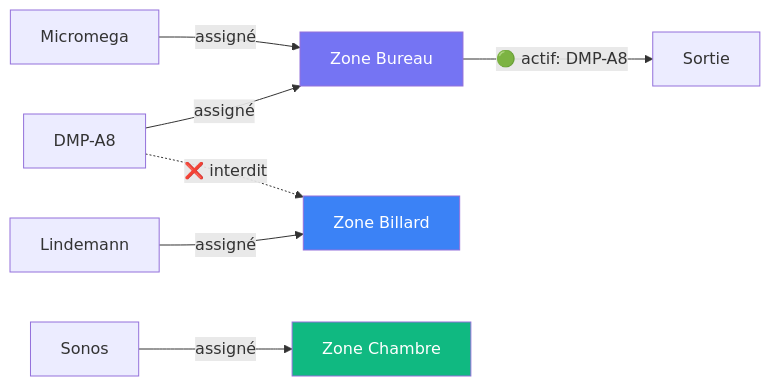
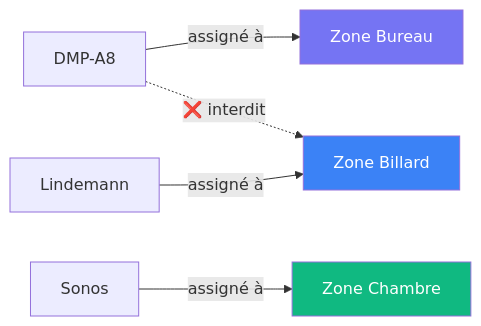
The fourth of 10 diagrams in docs/ZONE-MANAGER-STUDY.md (renesenses/tune-server-linux), drawn with Mermaid before and after one commit. The commit also changed other lines of this file, not shown here.

Commit message:
docs: zone manager — revert to 1:1 device:zone, remove multi-device concept

````diff
--- a/docs/ZONE-MANAGER-STUDY.md
+++ b/docs/ZONE-MANAGER-STUDY.md
@@ -146,15 +125,12 @@
 ```mermaid
 graph LR
-    D1[DMP-A8] -->|assigné| Z1[Zone Bureau]
-    D2[Micromega] -->|assigné| Z1
-    D3[Lindemann] -->|assigné| Z2[Zone Billard]
-    D4[Sonos] -->|assigné| Z3[Zone Chambre]
+    D1[DMP-A8] -->|assigné à| Z1[Zone Bureau]
+    D2[Lindemann] -->|assigné à| Z2[Zone Billard]
+    D3[Sonos] -->|assigné à| Z3[Zone Chambre]
     
     D1 -.->|❌ interdit| Z2
-    
-    Z1 -->|"🟢 actif: DMP-A8"| OUT1[Sortie]
     
     style Z1 fill:#7574F3,color:#fff
     style Z2 fill:#3B82F6,color:#fff
     style Z3 fill:#10B981,color:#fff
 ```
````
